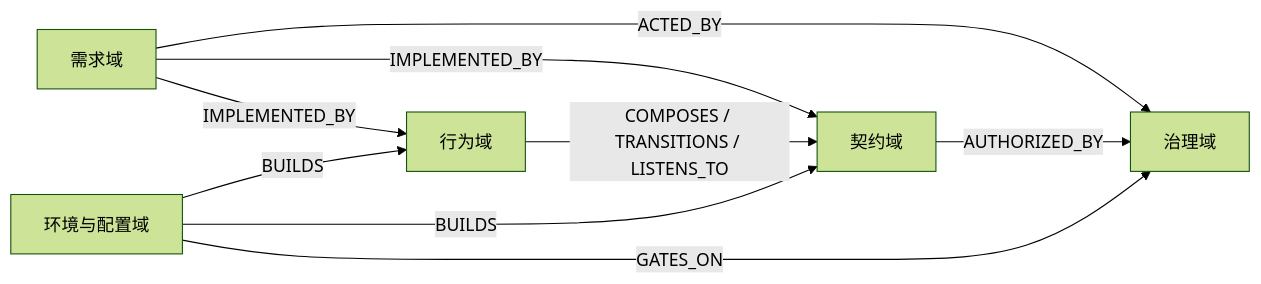
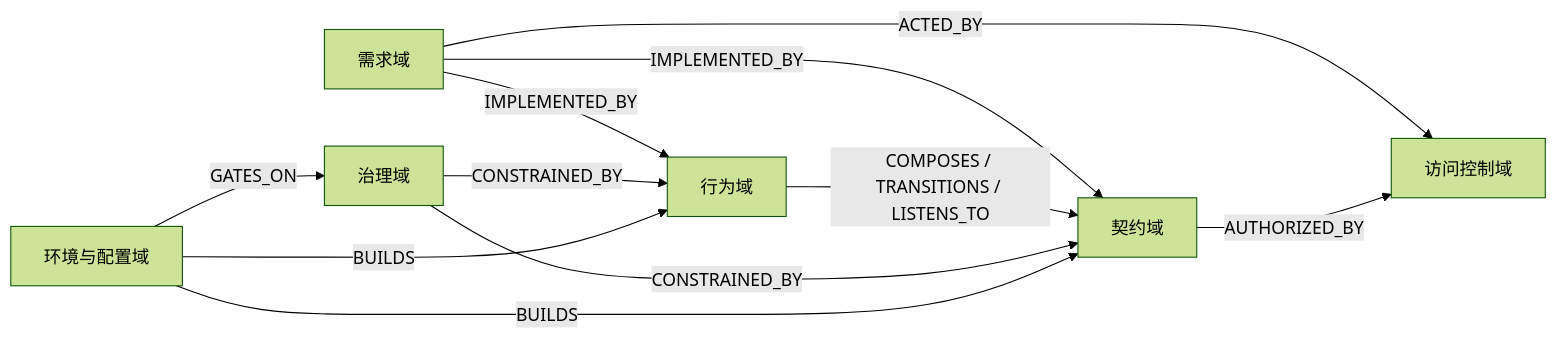
Before and after one commit to wang-x-xia/crispspec: the first of 2 diagrams in concepts.md, drawn with Mermaid (forest theme). The commit also changed other lines of this file and 12 other files, not shown here.

````diff
--- a/concepts.md
+++ b/concepts.md
@@ -123,10 +133,11 @@
 ```mermaid
 graph LR
     RD["需求域"] -->|IMPLEMENTED_BY| CD["契约域"]
     RD -->|IMPLEMENTED_BY| BD["行为域"]
     BD -->|COMPOSES / TRANSITIONS / LISTENS_TO| CD
-    RD -->|ACTED_BY| GD["治理域"]
-    CD -->|AUTHORIZED_BY| GD
+    RD -->|ACTED_BY| AC["访问控制域"]
+    CD -->|AUTHORIZED_BY| AC
+    GD["治理域"] -->|CONSTRAINED_BY| CD & BD
     DL["环境与配置域"] -->|BUILDS| CD & BD
     DL -->|GATES_ON| GD
 ```
````
